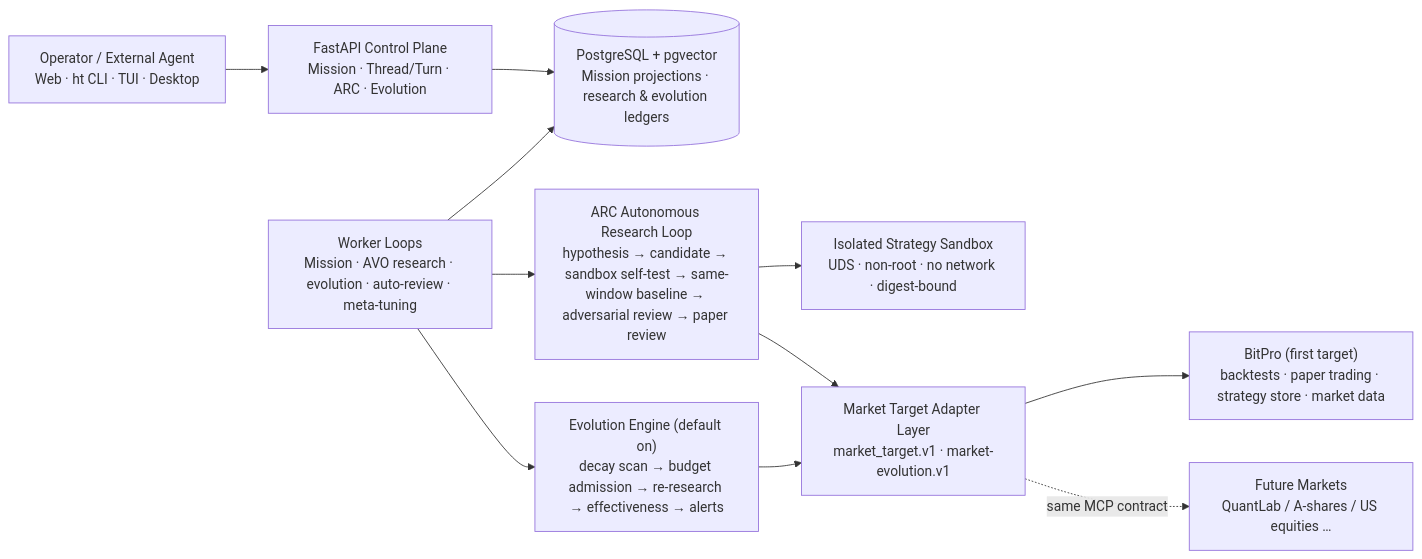
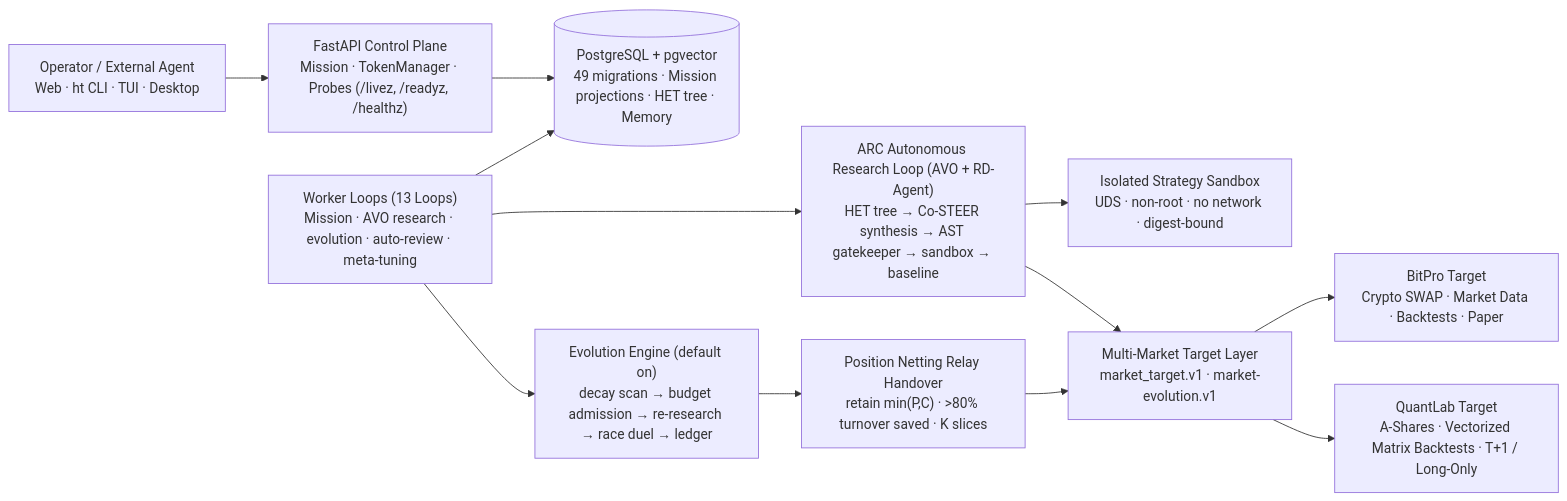
One commit to Shadowell/HyperTrade changed the diagram in README.en.md. Above: the diagram before and after it, drawn with Mermaid. The commit also changed other lines of this file and 3 other files, not shown here.

Commit message:
docs(readme): 同步中英文 README 及文档地图至最新多市场与生产架构

````diff
--- a/README.en.md
+++ b/README.en.md
@@ -46,13 +50,14 @@
 ```mermaid
 flowchart LR
-  Op["Operator / External Agent<br/>Web · ht CLI · TUI · Desktop"] --> API["FastAPI Control Plane<br/>Mission · Thread/Turn · ARC · Evolution"]
-  API --> DB[("PostgreSQL + pgvector<br/>Mission projections · research & evolution ledgers")]
-  Worker["Worker Loops<br/>Mission · AVO research · evolution · auto-review · meta-tuning"] --> DB
-  Worker --> Research["ARC Autonomous Research Loop<br/>hypothesis → candidate → sandbox self-test → same-window baseline → adversarial review → paper review"]
-  Worker --> Evolution["Evolution Engine (default on)<br/>decay scan → budget admission → re-research → effectiveness → alerts"]
+  Op["Operator / External Agent<br/>Web · ht CLI · TUI · Desktop"] --> API["FastAPI Control Plane<br/>Mission · TokenManager · Probes (/livez, /readyz, /healthz)"]
+  API --> DB[("PostgreSQL + pgvector<br/>49 migrations · Mission projections · HET tree · Memory")]
+  Worker["Worker Loops (13 Loops)<br/>Mission · AVO research · evolution · auto-review · meta-tuning"] --> DB
+  Worker --> Research["ARC Autonomous Research Loop (AVO + RD-Agent)<br/>HET tree → Co-STEER synthesis → AST gatekeeper → sandbox → baseline"]
+  Worker --> Evolution["Evolution Engine (default on)<br/>decay scan → budget admission → re-research → race duel → ledger"]
   Research --> Sandbox["Isolated Strategy Sandbox<br/>UDS · non-root · no network · digest-bound"]
-  Research --> Targets["Market Target Adapter Layer<br/>market_target.v1 · market-evolution.v1"]
-  Evolution --> Targets
-  Targets --> BitPro["BitPro (first target)<br/>backtests · paper trading · strategy store · market data"]
-  Targets -.->|same MCP contract| Future["Future Markets<br/>QuantLab / A-shares / US equities …"]
+  Research --> Targets["Multi-Market Target Layer<br/>market_target.v1 · market-evolution.v1"]
+  Evolution --> Relay["Position Netting Relay Handover<br/>retain min(P,C) · >80% turnover saved · K slices"]
+  Relay --> Targets
+  Targets --> BitPro["BitPro Target<br/>Crypto SWAP · Market Data · Backtests · Paper"]
+  Targets --> QuantLab["QuantLab Target<br/>A-Shares · Vectorized Matrix Backtests · T+1 / Long-Only"]
 ```
````
